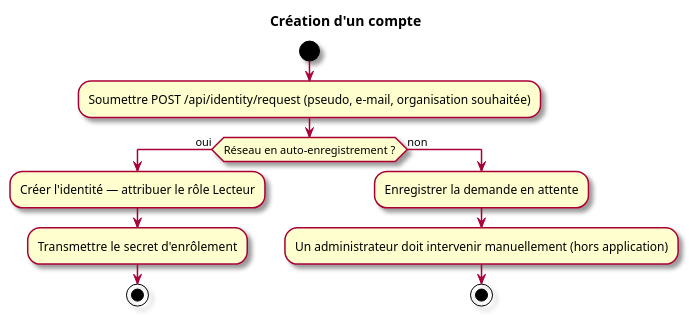
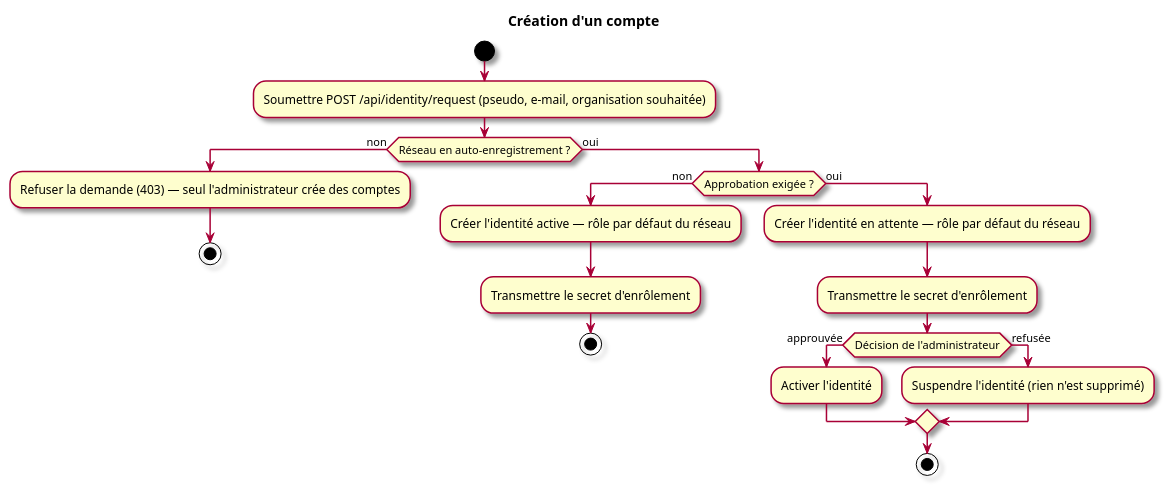
Before and after one commit to myr-forge/myr-core: the second of 2 diagrams in specs/1-Expression/UCA-Compte_et_Acces/UCA01.md, drawn with PlantUML. The commit also changed other lines of this file and 28 other files, not shown here.

````diff
--- a/specs/1-Expression/UCA-Compte_et_Acces/UCA01.md
+++ b/specs/1-Expression/UCA-Compte_et_Acces/UCA01.md
@@ -88,17 +116,27 @@
 ```plantuml
 @startuml
 skin rose
 title Création d'un compte
 start
 :Soumettre POST /api/identity/request (pseudo, e-mail, organisation souhaitée);
-if (Réseau en auto-enregistrement ?) then (oui)
-  :Créer l'identité — attribuer le rôle Lecteur;
-  :Transmettre le secret d'enrôlement;
+if (Réseau en auto-enregistrement ?) then (non)
+  :Refuser la demande (403) — seul l'administrateur crée des comptes;
   stop
-else (non)
-  :Enregistrer la demande en attente;
-  :Un administrateur doit intervenir manuellement (hors application);
-  stop
+else (oui)
+  if (Approbation exigée ?) then (non)
+    :Créer l'identité active — rôle par défaut du réseau;
+    :Transmettre le secret d'enrôlement;
+    stop
+  else (oui)
+    :Créer l'identité en attente — rôle par défaut du réseau;
+    :Transmettre le secret d'enrôlement;
+    if (Décision de l'administrateur) then (approuvée)
+      :Activer l'identité;
+    else (refusée)
+      :Suspendre l'identité (rien n'est supprimé);
+    endif
+    stop
+  endif
 endif
 @enduml
 ```
````
